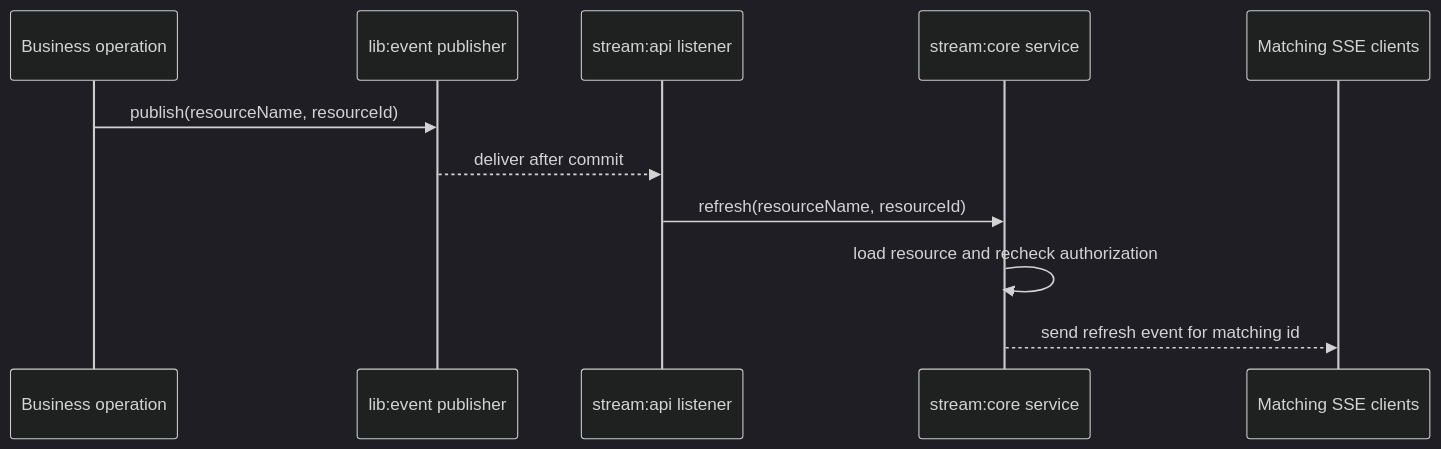
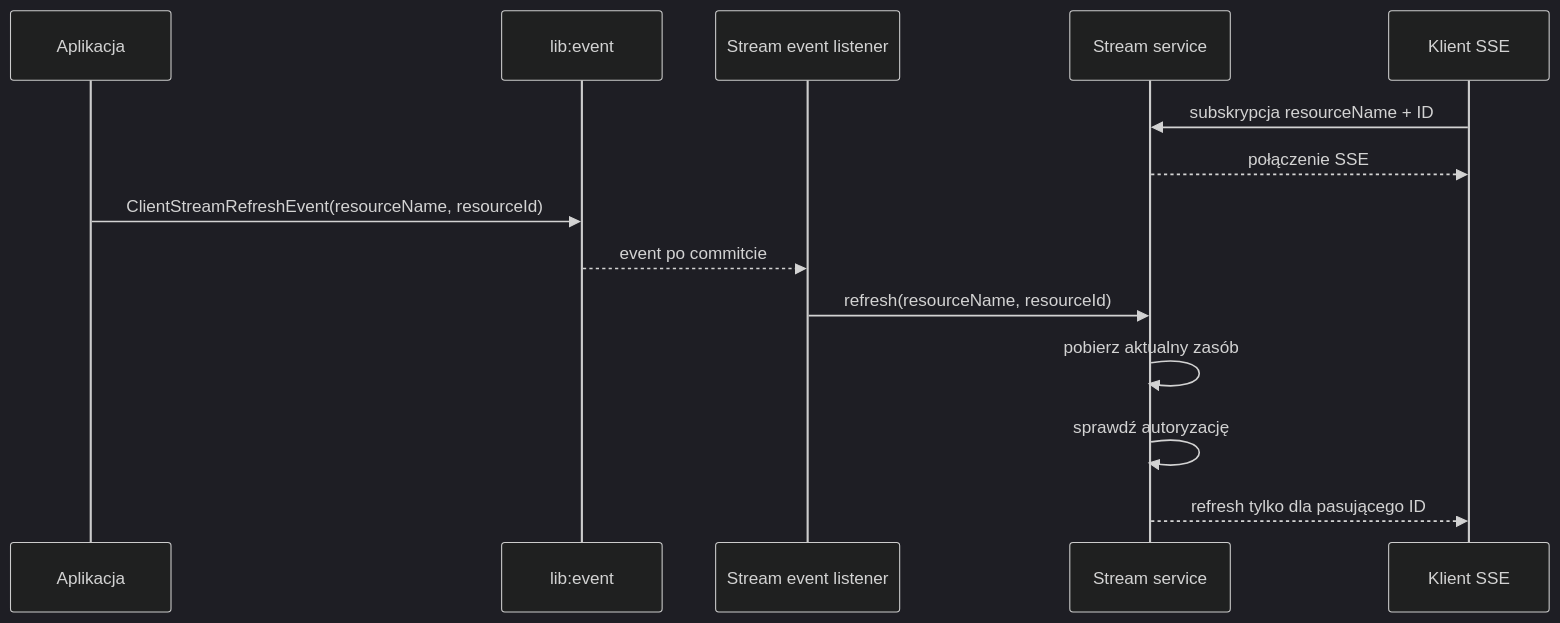
Before and after one commit to KNOSERO/core_java_ravcube: the diagram in docs/libraries/stream.md, drawn with Mermaid (dark theme). The commit also changed other lines of this file, not shown here.

Commit message:
Focus stream documentation on consumer usage

````diff
--- a/docs/libraries/stream.md
+++ b/docs/libraries/stream.md
@@ -120,14 +167,17 @@
 ```mermaid
 sequenceDiagram
-  participant B as Business operation
-  participant P as lib:event publisher
-  participant L as stream:api listener
-  participant S as stream:core service
-  participant C as Matching SSE clients
+  participant App as Aplikacja
+  participant Event as lib:event
+  participant Listener as Stream event listener
+  participant Service as Stream service
+  participant Client as Klient SSE
 
-  B->>P: publish(resourceName, resourceId)
-  P-->>L: deliver after commit
-  L->>S: refresh(resourceName, resourceId)
-  S->>S: load resource and recheck authorization
-  S-->>C: send refresh event for matching id
+  Client->>Service: subskrypcja resourceName + ID
+  Service-->>Client: połączenie SSE
+  App->>Event: ClientStreamRefreshEvent(resourceName, resourceId)
+  Event-->>Listener: event po commitcie
+  Listener->>Service: refresh(resourceName, resourceId)
+  Service->>Service: pobierz aktualny zasób
+  Service->>Service: sprawdź autoryzację
+  Service-->>Client: refresh tylko dla pasującego ID
 ```
````
